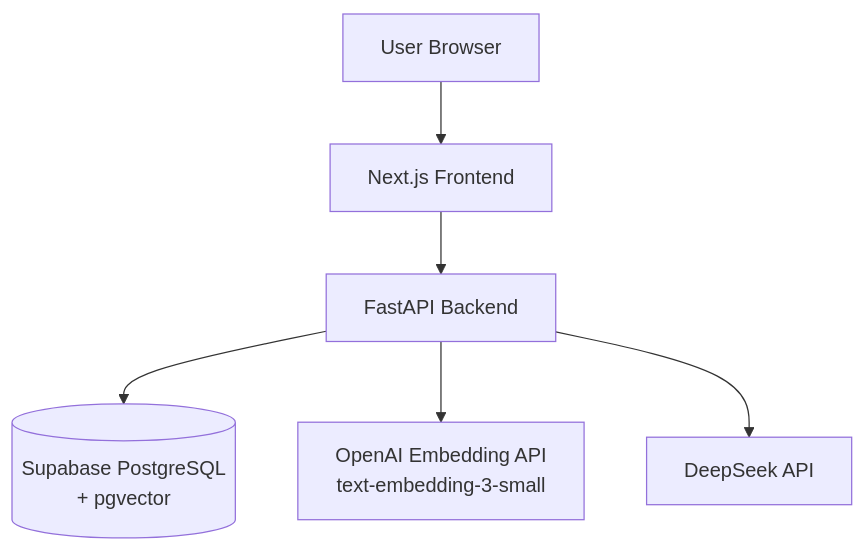
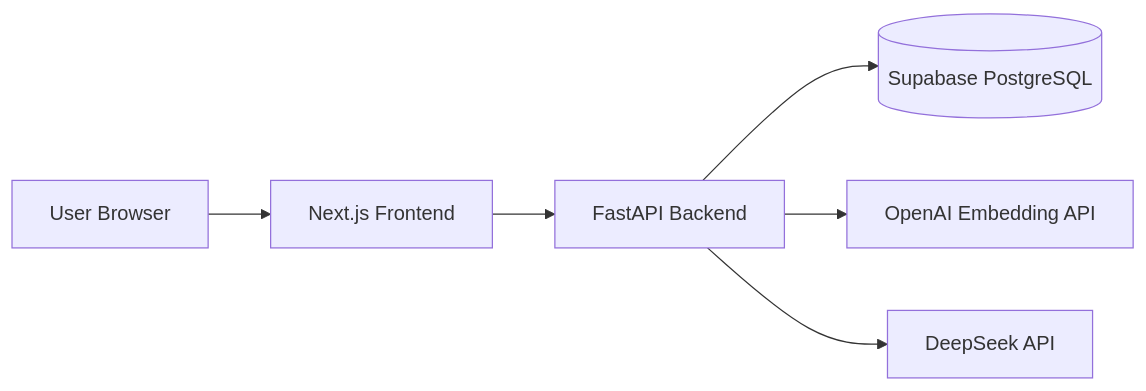
The first of 2 diagrams in README.md (k94-ishi/physics-ai-tutor), drawn with Mermaid before and after one commit. The commit also changed other lines of this file, not shown here.

Commit message:
Make mermaid figs simpler

````diff
--- a/README.md
+++ b/README.md
@@ -79,14 +79,25 @@
 ```mermaid
-flowchart TB
+flowchart LR
     User[User Browser]
 
-    User --> Frontend[Next.js Frontend]
+    Frontend[Next.js Frontend]
 
-    Frontend --> Backend[FastAPI Backend]
+    Backend[FastAPI Backend]
 
-    Backend --> DB[(Supabase PostgreSQL<br/>+ pgvector)]
+    DB[(Supabase PostgreSQL)]
 
-    Backend --> Embedding[OpenAI Embedding API<br/>text-embedding-3-small]
+    Embedding[OpenAI Embedding API]
 
-    Backend --> LLM[DeepSeek API]
+    LLM[DeepSeek API]
+
+
+    User --> Frontend
+
+    Frontend --> Backend
+
+    Backend --> DB
+
+    Backend --> Embedding
+
+    Backend --> LLM
 ```
````
